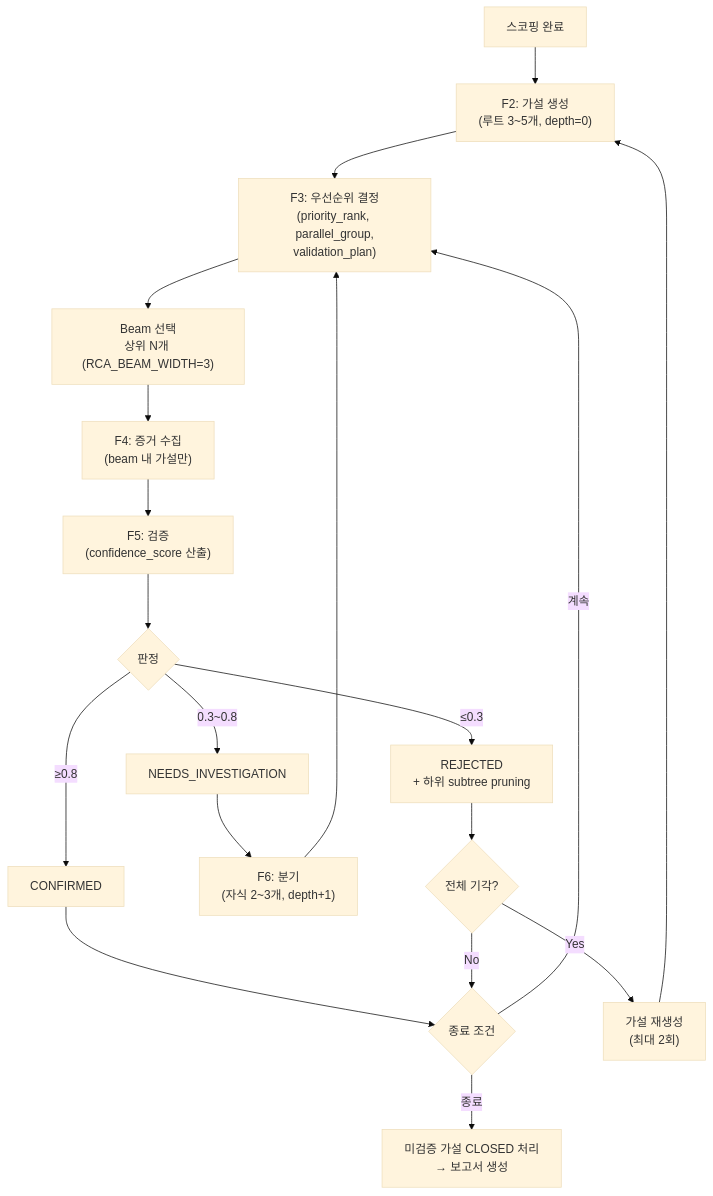
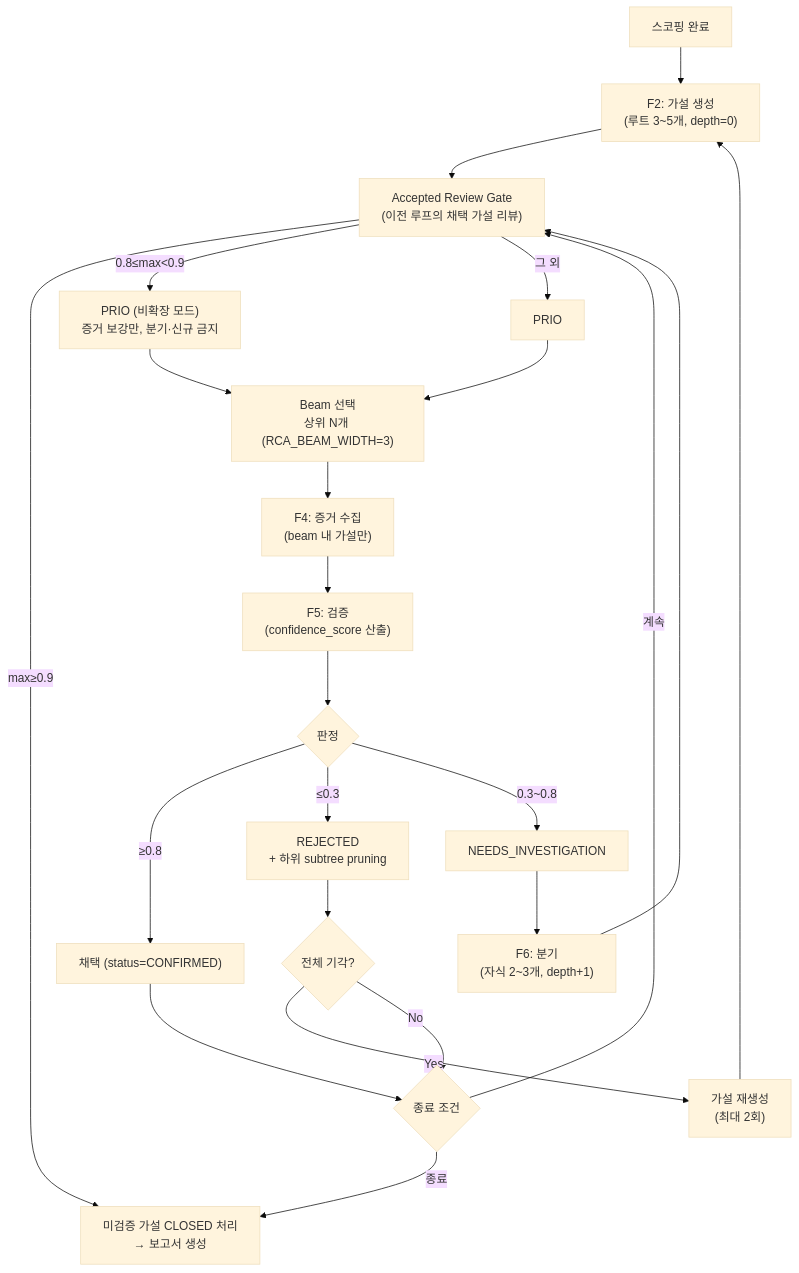
One commit to haandol/rca-agent changed the diagram in docs/adr/agent/0002-hypothesis-tree-lifecycle.md. Above: the diagram before and after it, drawn with Mermaid (base theme). The commit also changed other lines of this file and 10 other files, not shown here.

First line of the commit message:
feat(agent): Accepted Review Gate — 채택 가설 리뷰 기반 조기 종료·중복 탐색 억제

````diff
--- a/docs/adr/agent/0002-hypothesis-tree-lifecycle.md
+++ b/docs/adr/agent/0002-hypothesis-tree-lifecycle.md
@@ -25,21 +29,25 @@
 ```mermaid
 flowchart TD
     Start["스코핑 완료"] --> GEN["F2: 가설 생성<br/>(루트 3~5개, depth=0)"]
-    GEN --> PRIO["F3: 우선순위 결정<br/>(priority_rank, parallel_group,<br/>validation_plan)"]
+    GEN --> GATE["Accepted Review Gate<br/>(이전 루프의 채택 가설 리뷰)"]
+    GATE -->|"max≥0.9"| FIN
+    GATE -->|"0.8≤max<0.9"| PRIO_BLOCKED["PRIO (비확장 모드)<br/>증거 보강만, 분기·신규 금지"]
+    GATE -->|"그 외"| PRIO
     PRIO --> BEAM["Beam 선택<br/>상위 N개 (RCA_BEAM_WIDTH=3)"]
+    PRIO_BLOCKED --> BEAM
     BEAM --> EVID["F4: 증거 수집<br/>(beam 내 가설만)"]
     EVID --> VAL["F5: 검증<br/>(confidence_score 산출)"]
     VAL --> CLS{판정}
-    CLS -->|"≥0.8"| CONF["CONFIRMED"]
+    CLS -->|"≥0.8"| ACC["채택 (status=CONFIRMED)"]
     CLS -->|"≤0.3"| REJ["REJECTED<br/>+ 하위 subtree pruning"]
     CLS -->|"0.3~0.8"| NI["NEEDS_INVESTIGATION"]
     NI --> BR["F6: 분기<br/>(자식 2~3개, depth+1)"]
-    BR --> PRIO
-    CONF --> TERM{종료 조건}
+    BR --> GATE
+    ACC --> TERM{종료 조건}
     REJ --> ALLREJ{전체 기각?}
     ALLREJ -->|Yes| REGEN["가설 재생성<br/>(최대 2회)"]
     ALLREJ -->|No| TERM
     REGEN --> GEN
     TERM -->|종료| FIN["미검증 가설 CLOSED 처리<br/>→ 보고서 생성"]
-    TERM -->|계속| PRIO
+    TERM -->|계속| GATE
 ```
````
